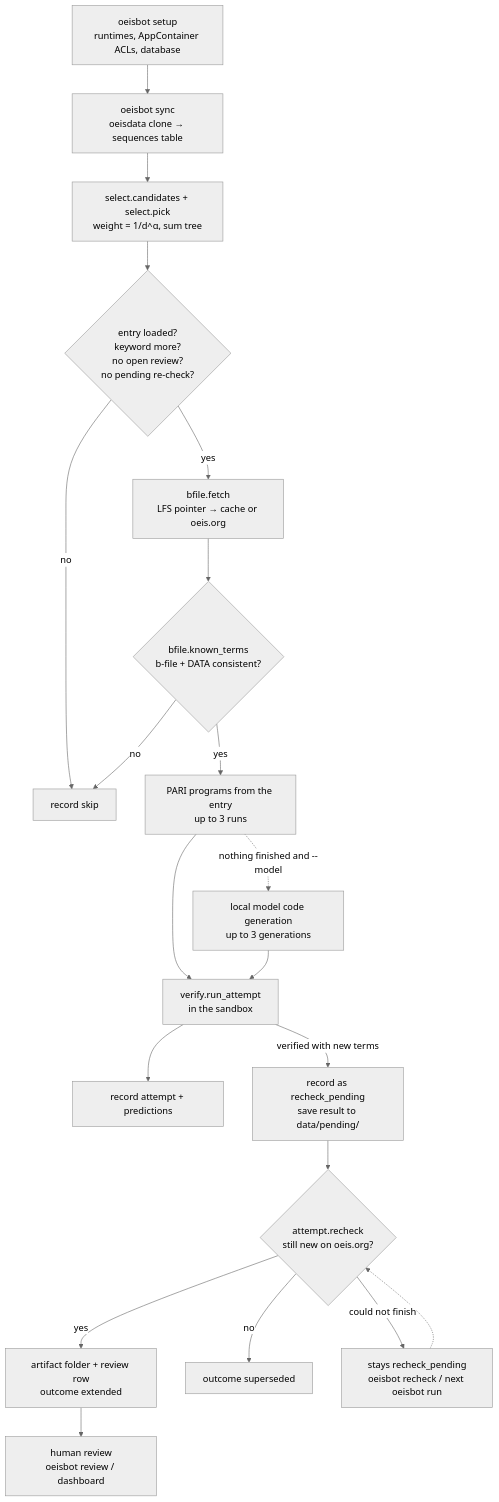
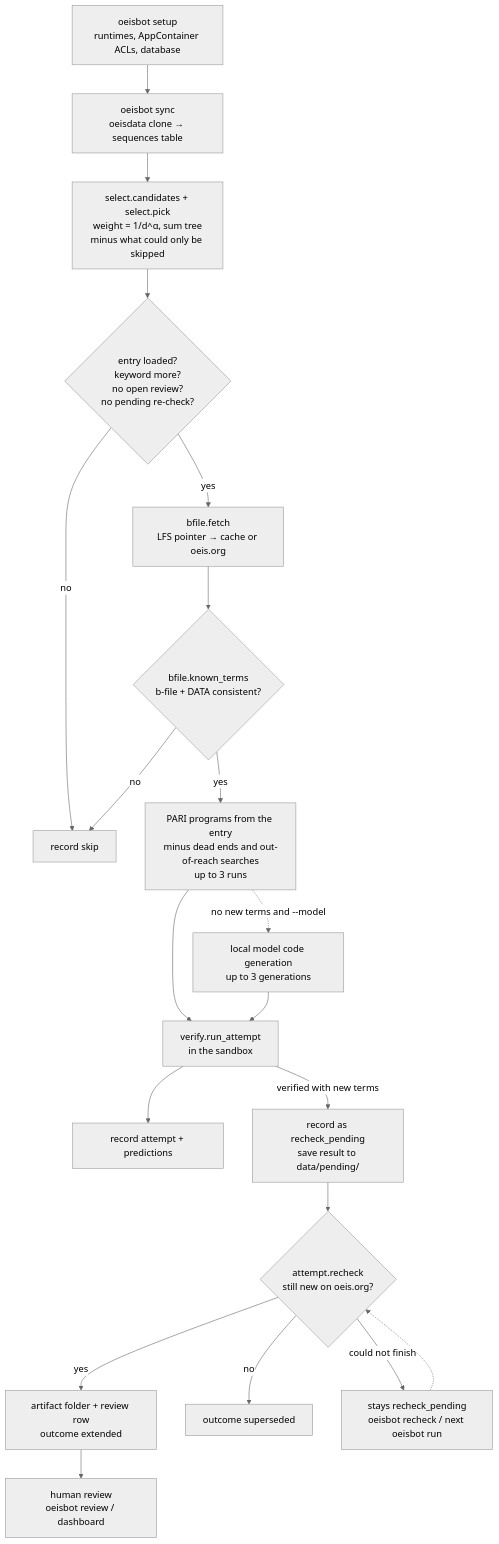
One commit to gjGameJam/OEISBot changed the diagram in docs/pipeline.md. Above: the diagram before and after it, drawn with Mermaid (neutral theme). The commit also changed other lines of this file and 31 other files, not shown here.

````diff
--- a/docs/pipeline.md
+++ b/docs/pipeline.md
@@ -8,23 +8,23 @@
 ```mermaid
 flowchart TD
     setup["oeisbot setup<br/>runtimes, AppContainer ACLs, database"] --> sync
     sync["oeisbot sync<br/>oeisdata clone → sequences table"] --> pick
-    pick["select.candidates + select.pick<br/>weight = 1/d^α, sum tree"] --> gates
+    pick["select.candidates + select.pick<br/>weight = 1/d^α, sum tree<br/>minus what could only be skipped"] --> gates
     gates{"entry loaded?<br/>keyword more?<br/>no open review?<br/>no pending re-check?"}
     gates -- no --> skip["record skip"]
     gates -- yes --> bfile["bfile.fetch<br/>LFS pointer → cache or oeis.org"]
     bfile --> known{"bfile.known_terms<br/>b-file + DATA consistent?"}
     known -- no --> skip
-    known -- yes --> pari["PARI programs from the entry<br/>up to 3 runs"]
+    known -- yes --> pari["PARI programs from the entry<br/>minus dead ends and out-of-reach searches<br/>up to 3 runs"]
     pari --> run["verify.run_attempt<br/>in the sandbox"]
-    pari -. "nothing finished and --model" .-> model["local model code generation<br/>up to 3 generations"]
+    pari -. "no new terms and --model" .-> model["local model code generation<br/>up to 3 generations"]
     model --> run
     run --> record["record attempt + predictions"]
     run -- "verified with new terms" --> pending["record as recheck_pending<br/>save result to data/pending/"]
     pending --> recheck{"attempt.recheck<br/>still new on oeis.org?"}
     recheck -- yes --> artifact["artifact folder + review row<br/>outcome extended"]
     recheck -- no --> superseded["outcome superseded"]
     recheck -- "could not finish" --> later["stays recheck_pending<br/>oeisbot recheck / next oeisbot run"]
     later -.-> recheck
     artifact --> human["human review<br/>oeisbot review / dashboard"]
 ```
````
